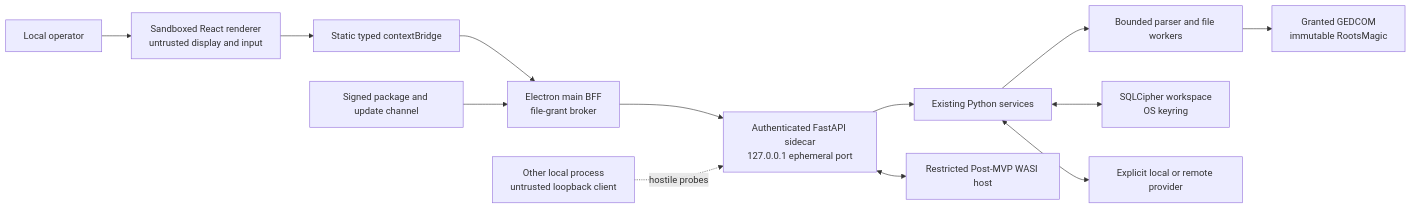
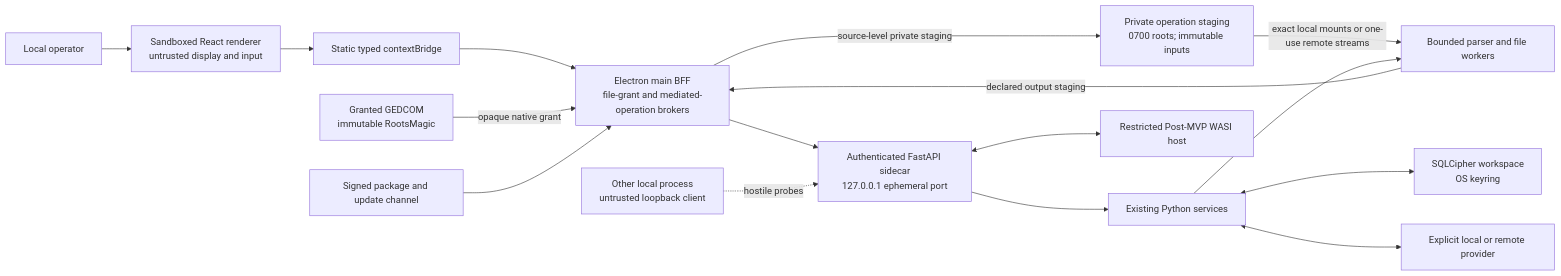
The first of 3 diagrams in docs/THREAT_MODEL.md (sodejm/AncestryLLM), drawn with Mermaid before and after one commit. The commit also changed other lines of this file and 24 other files, not shown here.

First line of the commit message:
[DEPLOY-07] Mediate host files and preserve immutable genealogy inputs (#467)

````diff
--- a/docs/THREAT_MODEL.md
+++ b/docs/THREAT_MODEL.md
@@ -252,25 +270,30 @@
 ```mermaid
 flowchart LR
     User["Local operator"]
     Renderer["Sandboxed React renderer\nuntrusted display and input"]
     Preload["Static typed contextBridge"]
-    Main["Electron main BFF\nfile-grant broker"]
+    Main["Electron main BFF\nfile-grant and mediated-operation brokers"]
     API["Authenticated FastAPI sidecar\n127.0.0.1 ephemeral port"]
     Services["Existing Python services"]
     Workers["Bounded parser and file workers"]
     Files["Granted GEDCOM\nimmutable RootsMagic"]
+    Staging["Private operation staging\n0700 roots; immutable inputs"]
     Storage["SQLCipher workspace\nOS keyring"]
     Providers["Explicit local or remote provider"]
     PluginHost["Restricted Post-MVP WASI host"]
     LocalProcess["Other local process\nuntrusted loopback client"]
     Supply["Signed package and update channel"]
 
     User --> Renderer
     Renderer --> Preload --> Main --> API --> Services
-    Services --> Workers --> Files
+    Files -->|"opaque native grant"| Main
+    Main -->|"source-level private staging"| Staging
+    Staging -->|"exact local mounts or one-use remote streams"| Workers
+    Workers -->|"declared output staging"| Main
+    Services --> Workers
     Services <--> Storage
     Services <--> Providers
     API <--> PluginHost
     LocalProcess -. "hostile probes" .-> API
     Supply --> Main
 ```
````
